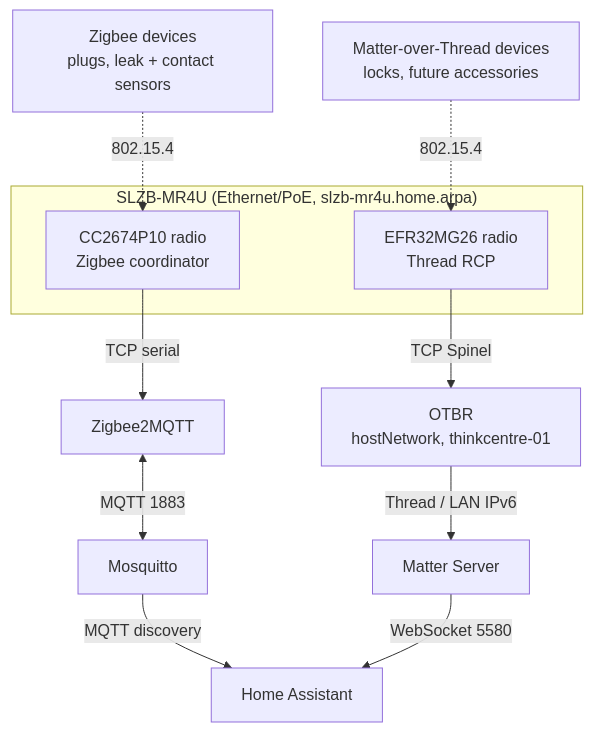
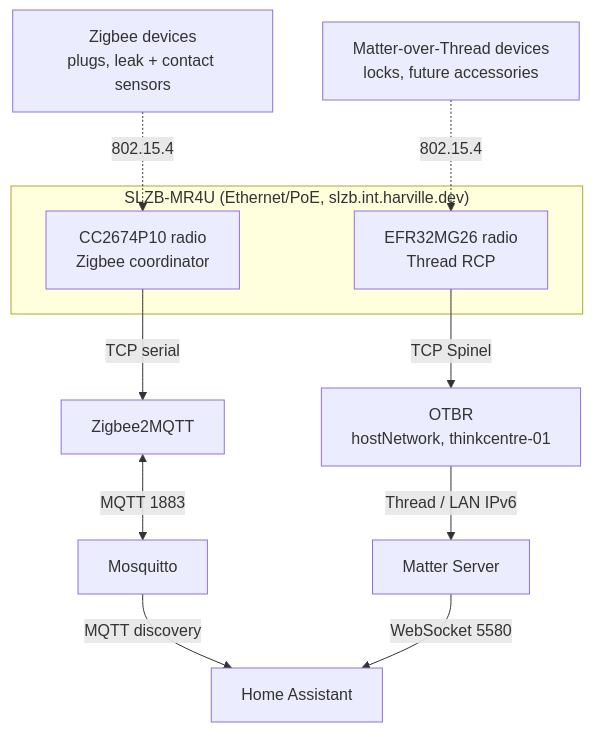
Before and after one commit to isaiah-harville/homelab: the diagram in docs/apps/home-automation.md, drawn with Mermaid. The commit also changed other lines of this file and 3 other files, not shown here.

````diff
--- a/docs/apps/home-automation.md
+++ b/docs/apps/home-automation.md
@@ -12,18 +12,18 @@
 ```mermaid
 flowchart TD
-  subgraph MR4U["SLZB-MR4U (Ethernet/PoE, slzb-mr4u.home.arpa)"]
+  subgraph MR4U["SLZB-MR4U (Ethernet/PoE, slzb.int.harville.dev)"]
     ZR["CC2674P10 radio<br/>Zigbee coordinator"]
     TR["EFR32MG26 radio<br/>Thread RCP"]
   end
 
   ZR -->|"TCP serial"| Z2M["Zigbee2MQTT"]
   Z2M <-->|"MQTT 1883"| MOS["Mosquitto"]
   MOS -->|"MQTT discovery"| HA["Home Assistant"]
 
   TR -->|"TCP Spinel"| OTBR["OTBR<br/>hostNetwork, thinkcentre-01"]
   OTBR -->|"Thread / LAN IPv6"| MS["Matter Server"]
   MS -->|"WebSocket 5580"| HA
 
   ZD["Zigbee devices<br/>plugs, leak + contact sensors"] -.->|"802.15.4"| ZR
   TD["Matter-over-Thread devices<br/>locks, future accessories"] -.->|"802.15.4"| TR
 ```
````
